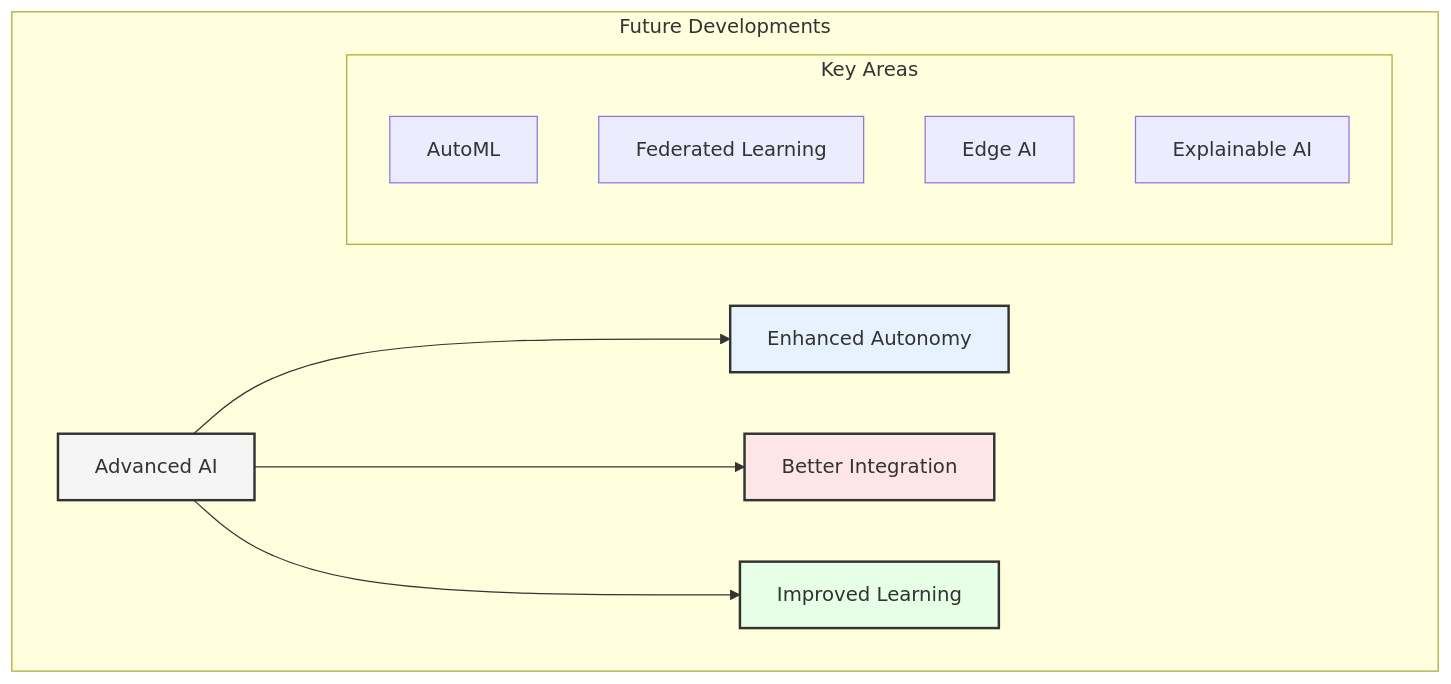
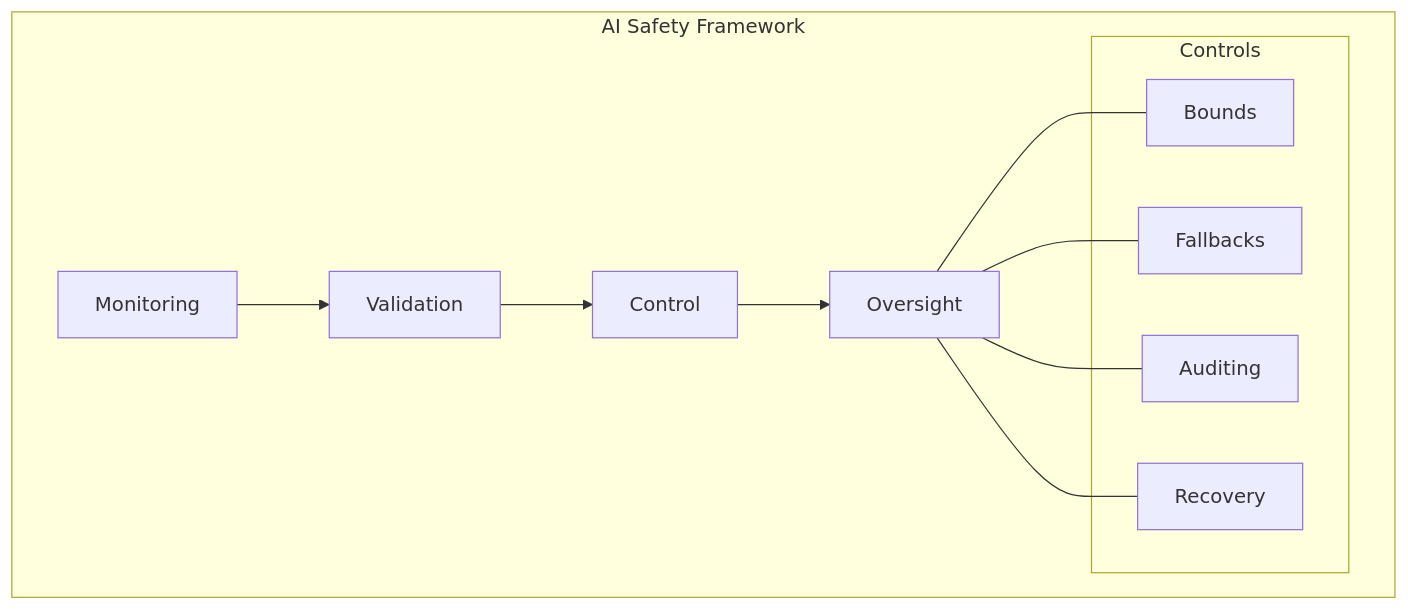
The sixth of 7 diagrams in enterprise_data_architecture/chapters/05_agentic_ai.md (data-octo/agentic_ai_research), drawn with Mermaid before and after one commit. The commit also changed other lines of this file and 11 other files, not shown here.

````diff
--- a/enterprise_data_architecture/chapters/05_agentic_ai.md
+++ b/enterprise_data_architecture/chapters/05_agentic_ai.md
@@ -251,20 +210,20 @@
 ```mermaid
 graph TB
-    subgraph "Future Developments"
-        A[Advanced AI] --> B[Enhanced Autonomy]
-        A --> C[Better Integration]
-        A --> D[Improved Learning]
+    subgraph "AI Safety Framework"
+        A[Monitoring] --> B[Validation]
+        B --> C[Control]
+        C --> D[Oversight]
         
-        subgraph "Key Areas"
-            E[AutoML]
-            F[Federated Learning]
-            G[Edge AI]
-            H[Explainable AI]
+        subgraph "Controls"
+            E[Bounds]
+            F[Fallbacks]
+            G[Auditing]
+            H[Recovery]
         end
+        
+        D --- E
+        D --- F
+        D --- G
+        D --- H
     end
-    
-    style A fill:#f5f5f5,stroke:#333,stroke-width:2px
-    style B fill:#e6f3ff,stroke:#333,stroke-width:2px
-    style C fill:#ffe6e6,stroke:#333,stroke-width:2px
-    style D fill:#e6ffe6,stroke:#333,stroke-width:2px
 ```
````
